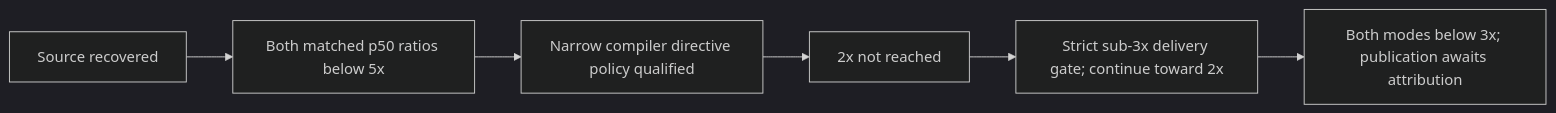
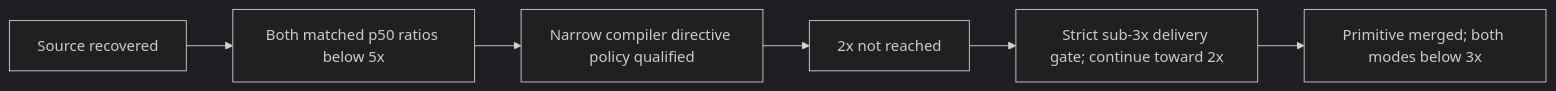
Before and after one commit to Resnovas/Eventiva: the first of 58 diagrams in docs/planning/timeline.md, drawn with Mermaid (dark theme). The commit also changed other lines of this file, not shown here.

Commit message:
docs(telemetry): record verified primitive delivery
Refs EVE-44 and Resnovas/Eventiva#811

Amp-Thread-ID: https://ampcode.com/threads/T-01a21a1b-68d9-7668-93a5-8193e2306671

````diff
--- a/docs/planning/timeline.md
+++ b/docs/planning/timeline.md
@@ -29,8 +31,8 @@
 ```mermaid
 flowchart LR
     Transfer[Source recovered] --> Measure[Both matched p50 ratios below 5x]
     Measure --> Policy[Narrow compiler directive policy qualified]
     Policy --> Verify[2x not reached]
     Verify --> Decide[Strict sub-3x delivery gate; continue toward 2x]
-    Decide --> Credit[Both modes below 3x; publication awaits attribution]
+    Decide --> Delivered[Primitive merged; both modes below 3x]
 ```
````
